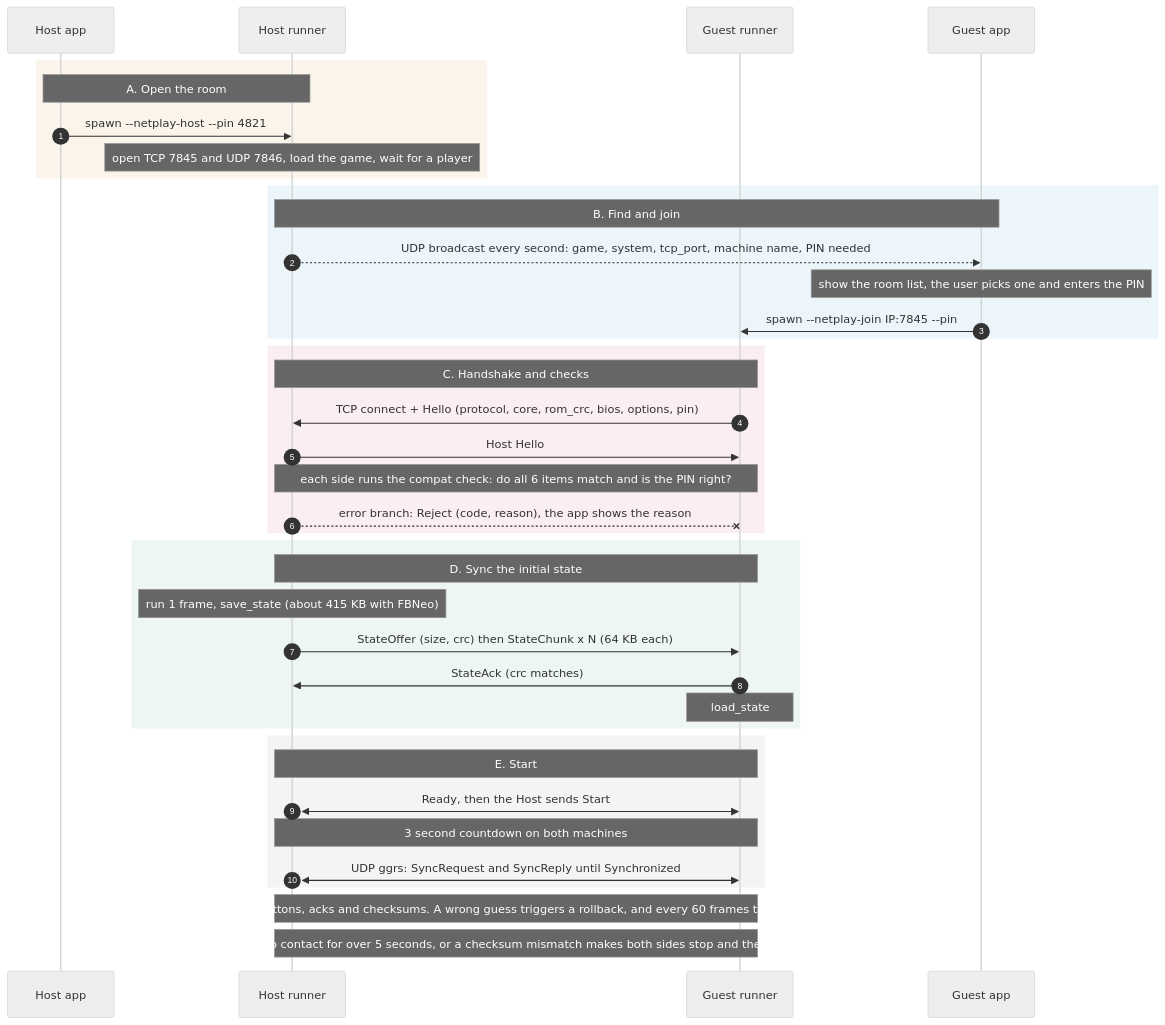
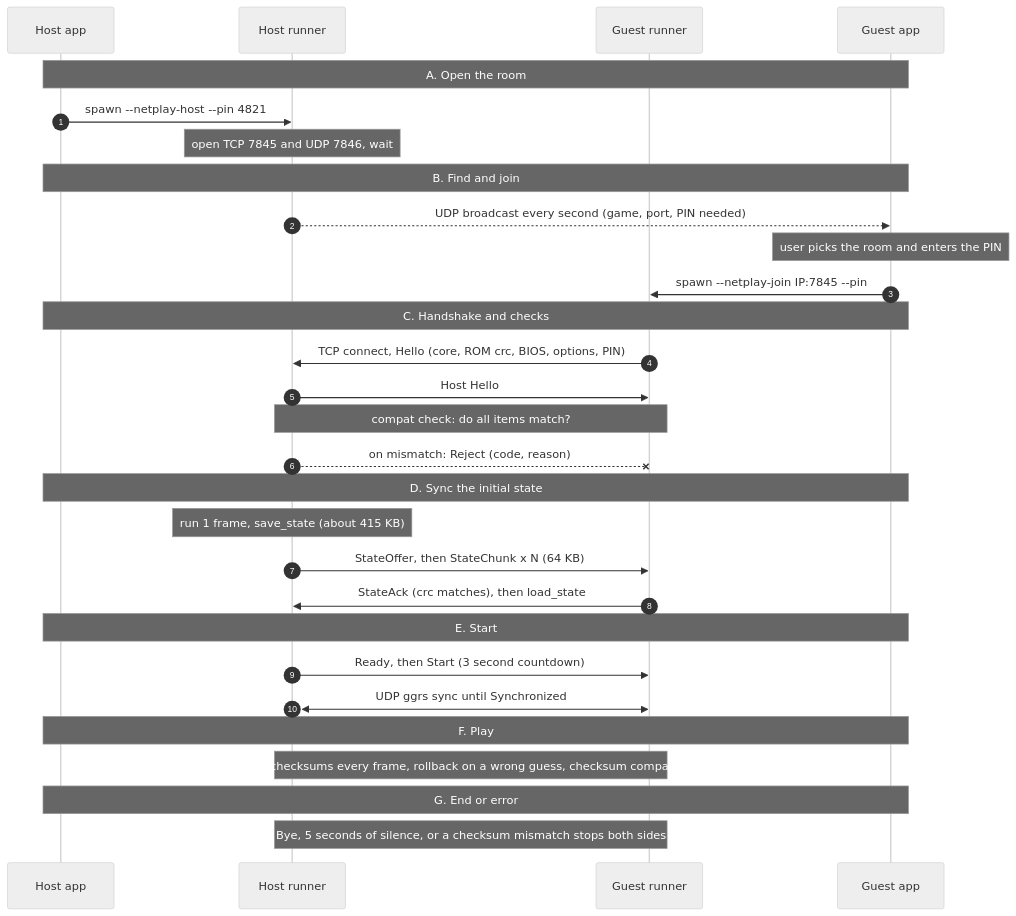
One commit to vunguyenvu35/vuretro changed the third of 9 diagrams in docs/NETPLAY.md. Above: the diagram before and after it, drawn with Mermaid (neutral theme). The commit also changed other lines of this file, not shown here.

Commit message:
Docs: redraw NETPLAY diagrams (no overlapping subgraphs, shorter labels)

````diff
--- a/docs/NETPLAY.md
+++ b/docs/NETPLAY.md
@@ -137,47 +119,38 @@
 ```mermaid
 sequenceDiagram
   autonumber
   participant HA as Host app
   participant HR as Host runner
   participant GR as Guest runner
   participant GA as Guest app
 
-  rect rgb(184,110,0,0.08)
-  Note over HA,HR: A. Open the room
+  Note over HA,GA: A. Open the room
   HA->>HR: spawn --netplay-host --pin 4821
-  Note over HR: open TCP 7845 and UDP 7846, load the game, wait for a player
-  end
+  Note over HR: open TCP 7845 and UDP 7846, wait
 
-  rect rgb(10,127,191,0.08)
-  Note over HR,GA: B. Find and join
-  HR-->>GA: UDP broadcast every second: game, system, tcp_port, machine name, PIN needed
-  Note over GA: show the room list, the user picks one and enters the PIN
+  Note over HA,GA: B. Find and join
+  HR-->>GA: UDP broadcast every second (game, port, PIN needed)
+  Note over GA: user picks the room and enters the PIN
   GA->>GR: spawn --netplay-join IP:7845 --pin
-  end
 
-  rect rgb(192,36,106,0.08)
-  Note over HR,GR: C. Handshake and checks
-  GR->>HR: TCP connect + Hello (protocol, core, rom_crc, bios, options, pin)
+  Note over HA,GA: C. Handshake and checks
+  GR->>HR: TCP connect, Hello (core, ROM crc, BIOS, options, PIN)
   HR->>GR: Host Hello
-  Note over HR,GR: each side runs the compat check: do all 6 items match and is the PIN right?
-  HR--xGR: error branch: Reject (code, reason), the app shows the reason
-  end
+  Note over HR,GR: compat check: do all items match?
+  HR--xGR: on mismatch: Reject (code, reason)
 
-  rect rgb(31,138,82,0.08)
-  Note over HR,GR: D. Sync the initial state
-  Note over HR: run 1 frame, save_state (about 415 KB with FBNeo)
-  HR->>GR: StateOffer (size, crc) then StateChunk x N (64 KB each)
-  GR->>HR: StateAck (crc matches)
-  Note over GR: load_state
-  end
+  Note over HA,GA: D. Sync the initial state
+  Note over HR: run 1 frame, save_state (about 415 KB)
+  HR->>GR: StateOffer, then StateChunk x N (64 KB)
+  GR->>HR: StateAck (crc matches), then load_state
 
-  rect rgb(120,120,120,0.08)
-  Note over HR,GR: E. Start
-  HR<<->>GR: Ready, then the Host sends Start
-  Note over HR,GR: 3 second countdown on both machines
-  HR<<->>GR: UDP ggrs: SyncRequest and SyncReply until Synchronized
-  end
+  Note over HA,GA: E. Start
+  HR->>GR: Ready, then Start (3 second countdown)
+  HR<<->>GR: UDP ggrs sync until Synchronized
 
-  Note over HR,GR: F. Play: each frame sends buttons, acks and checksums. A wrong guess triggers a rollback, and every 60 frames the checksums are compared
-  Note over HR,GR: G. End or error: Bye, no contact for over 5 seconds, or a checksum mismatch makes both sides stop and the app shows the reason
+  Note over HA,GA: F. Play
+  Note over HR,GR: buttons, acks and checksums every frame, rollback on a wrong guess, checksum compare every 60 frames
+
+  Note over HA,GA: G. End or error
+  Note over HR,GR: Bye, 5 seconds of silence, or a checksum mismatch stops both sides
 ```
````
